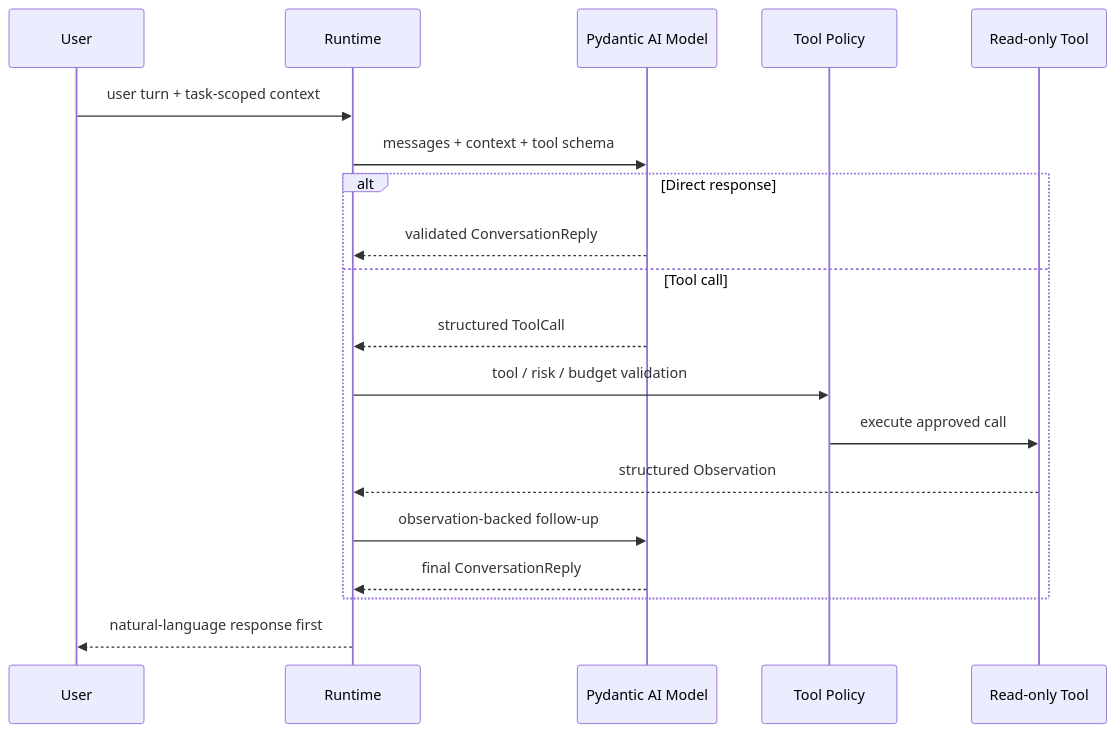
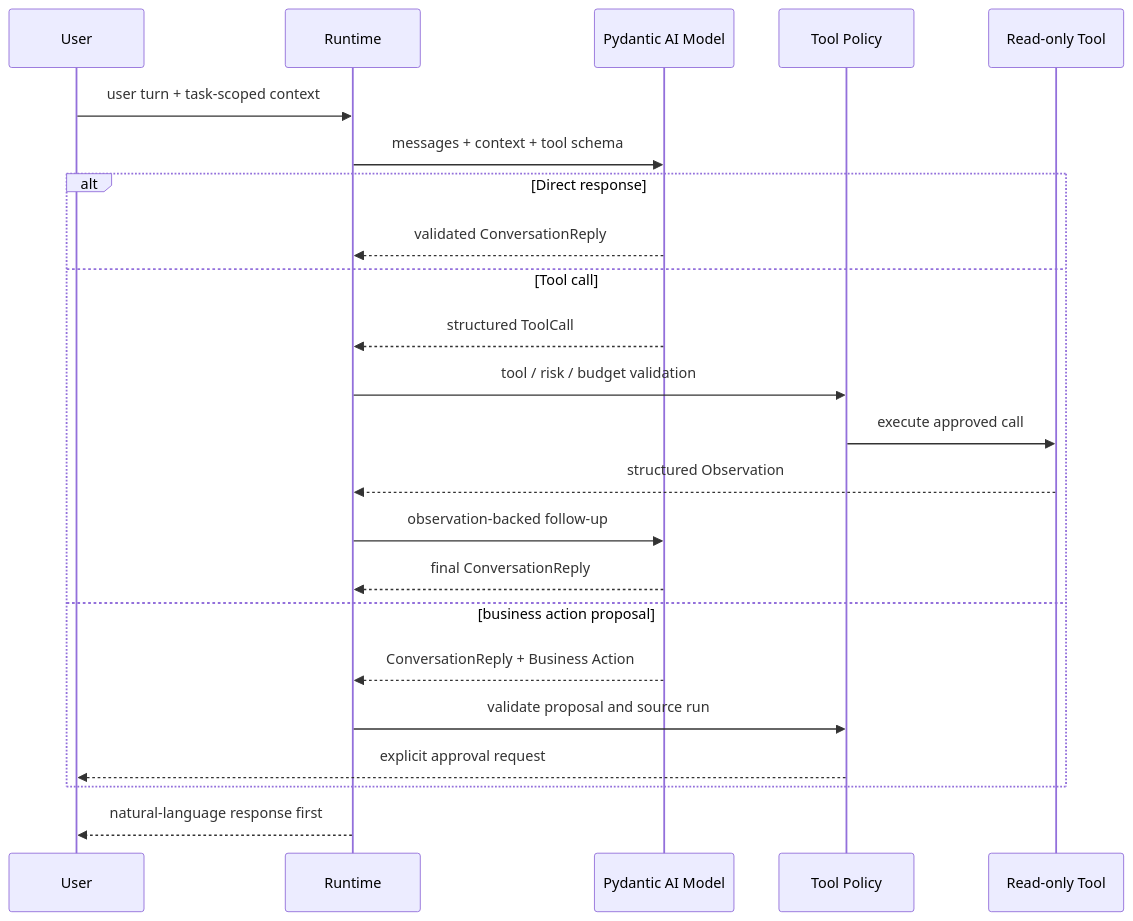
One commit to cecilia10445/smart-cultural-platform changed the second of 4 diagrams in README.md. Above: the diagram before and after it, drawn with Mermaid. The commit also changed other lines of this file, not shown here.

````diff
--- a/README.md
+++ b/README.md
@@ -73,22 +77,26 @@
 ```mermaid
 sequenceDiagram
     participant User
     participant Runtime as Runtime
     participant Model as Pydantic AI Model
     participant Policy as Tool Policy
     participant Tool as Read-only Tool
 
     User->>Runtime: user turn + task-scoped context
     Runtime->>Model: messages + context + tool schema
     alt Direct response
         Model-->>Runtime: validated ConversationReply
     else Tool call
         Model-->>Runtime: structured ToolCall
         Runtime->>Policy: tool / risk / budget validation
         Policy->>Tool: execute approved call
         Tool-->>Runtime: structured Observation
         Runtime->>Model: observation-backed follow-up
         Model-->>Runtime: final ConversationReply
+    else business action proposal
+        Model-->>Runtime: ConversationReply + Business Action
+        Runtime->>Policy: validate proposal and source run
+        Policy-->>User: explicit approval request
     end
     Runtime-->>User: natural-language response first
 ```
````
